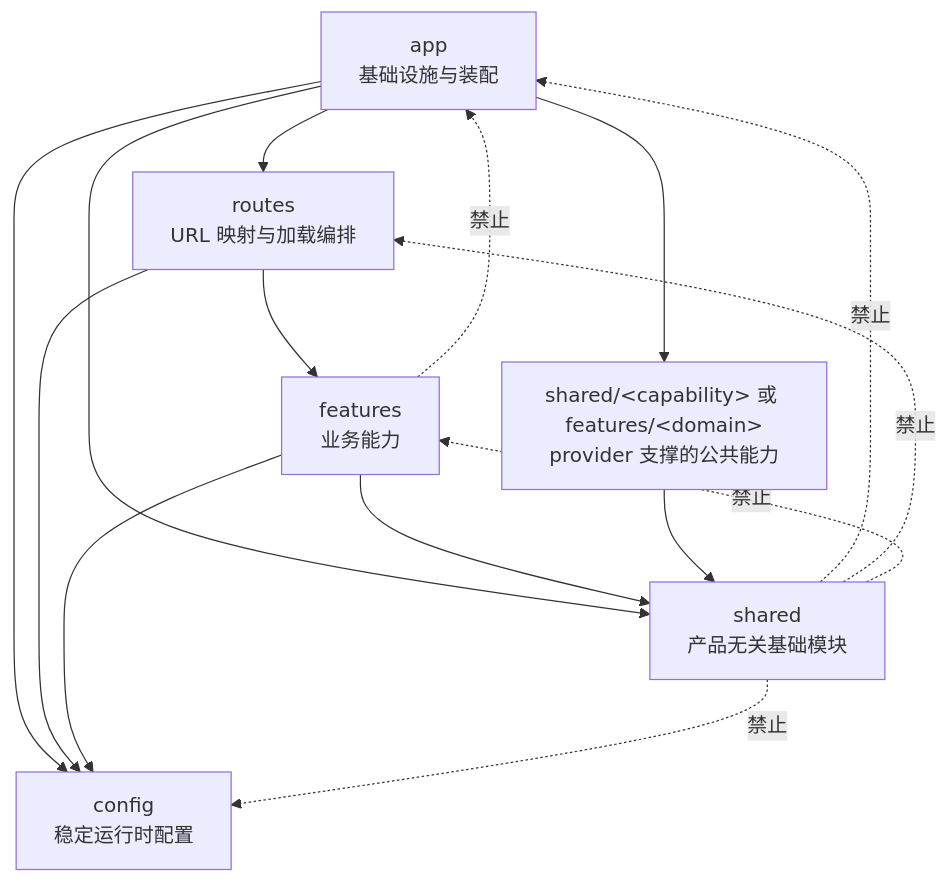
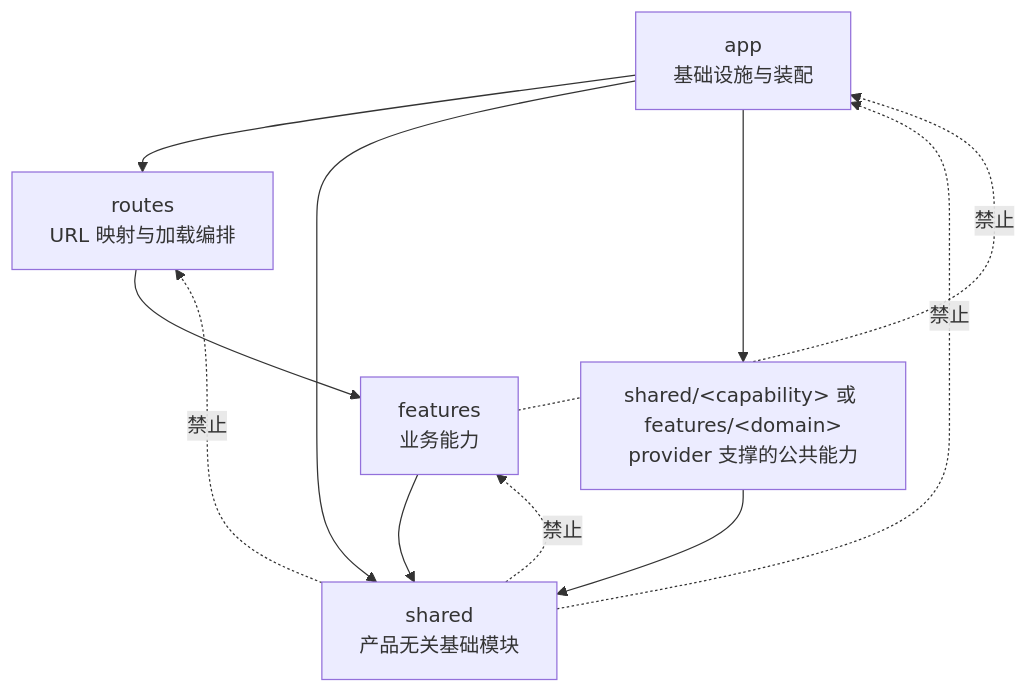
Before and after one commit to RingoTangs/react-app: the diagram in README.zh-CN.md, drawn with Mermaid. The commit also changed other lines of this file and 10 other files, not shown here.

````diff
--- a/README.zh-CN.md
+++ b/README.zh-CN.md
@@ -162,25 +158,20 @@
 ```mermaid
 flowchart TD
   App["app<br/>基础设施与装配"]
   Routes["routes<br/>URL 映射与加载编排"]
   Features["features<br/>业务能力"]
   Shared["shared<br/>产品无关基础模块"]
-  Config["config<br/>稳定运行时配置"]
   ProviderCapability["shared/&lt;capability&gt; 或 features/&lt;domain&gt;<br/>provider 支撑的公共能力"]
 
   App --> Routes
   App --> Shared
-  App --> Config
   App --> ProviderCapability
   Routes --> Features
-  Routes --> Config
   Features --> Shared
-  Features --> Config
   ProviderCapability --> Shared
 
   Shared -. 禁止 .-> App
   Shared -. 禁止 .-> Routes
   Shared -. 禁止 .-> Features
-  Shared -. 禁止 .-> Config
   Features -. 禁止 .-> App
 ```
````
